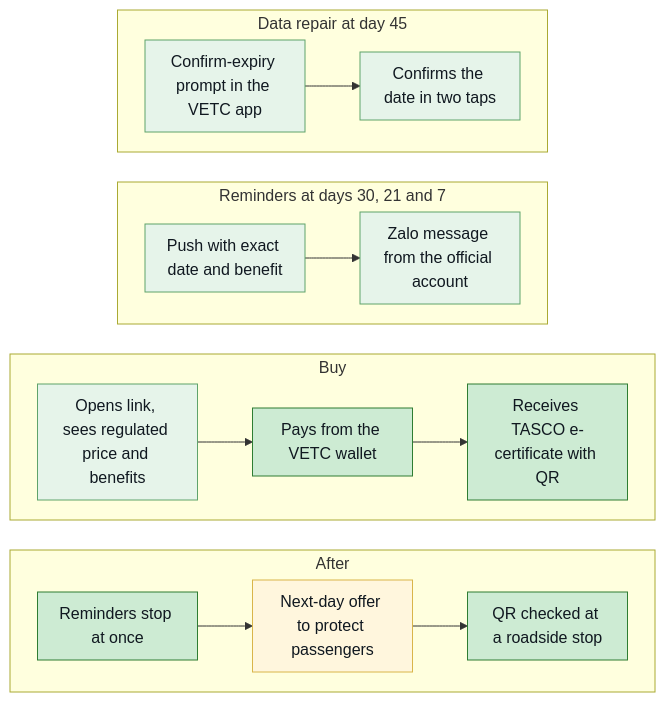
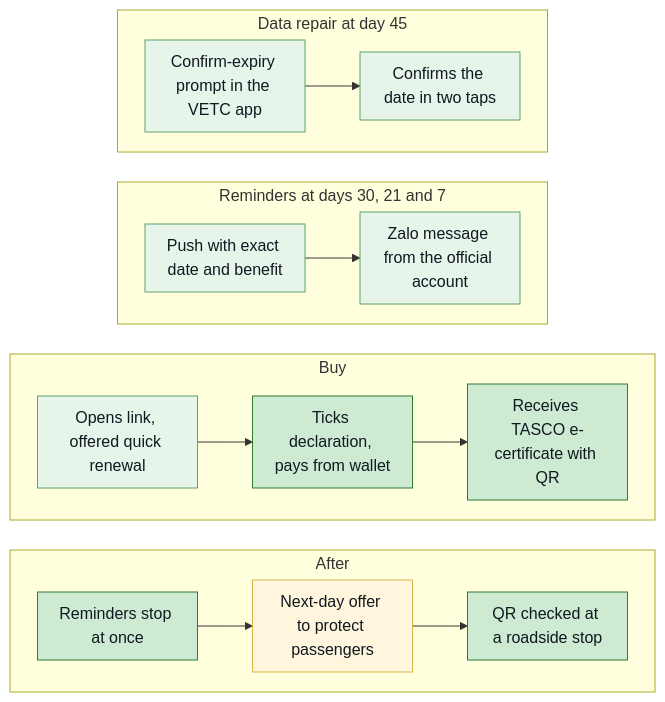
One commit to IortaTexhNXT-DEV/TASCO changed the second of 10 diagrams in tools/docs-source/docs/business/06-personas-and-journey-maps.md. Above: the diagram before and after it, drawn with Mermaid. The commit also changed other lines of this file and 101 other files, not shown here.

First line of the commit message:
Voice script: link goes to TASCO Insurance's Zalo OA; vendored Mermaid for doc builds; review edits to business, quality and delivery documents

````diff
--- a/tools/docs-source/docs/business/06-personas-and-journey-maps.md
+++ b/tools/docs-source/docs/business/06-personas-and-journey-maps.md
@@ -215,27 +216,27 @@
 ```mermaid
 %% caption: Renewal with the platform, from the data-repair prompt to the roadside check
 %%{init: {"flowchart": {"wrappingWidth": 120, "nodeSpacing": 20, "rankSpacing": 30, "padding": 10, "subGraphTitleMargin": {"top": 2, "bottom": 8}}, "themeCSS": ".cluster-label .nodeLabel { display: inline-block; padding-right: 9em; }"}}%%
 flowchart TB
   subgraph A["Data repair at day 45"]
     direction LR
     a1["Confirm-expiry prompt in the VETC app"]:::f4 --> a2["Confirms the date in two taps"]:::f4
   end
   subgraph B["Reminders at days 30, 21 and 7"]
     direction LR
     b1["Push with exact date and benefit"]:::f4 --> b2["Zalo message from the official account"]:::f4
   end
   subgraph C["Buy"]
     direction LR
-    c1["Opens link, sees regulated price and benefits"]:::f4 --> c2["Pays from the VETC wallet"]:::f5 --> c3["Receives TASCO e-certificate with QR"]:::f5
+    c1["Opens link, offered quick renewal"]:::f4 --> c2["Ticks declaration, pays from wallet"]:::f5 --> c3["Receives TASCO e-certificate with QR"]:::f5
   end
   subgraph D["After"]
     direction LR
     d1["Reminders stop at once"]:::f5 --> d2["Next-day offer to protect passengers"]:::f3 --> d3["QR checked at a roadside stop"]:::f5
   end
   A ~~~ B ~~~ C ~~~ D
   classDef f1 fill:#F6D5D2,stroke:#B3261E,color:#101820
   classDef f2 fill:#FBE9E7,stroke:#D9776F,color:#101820
   classDef f3 fill:#FFF6DD,stroke:#D9B54A,color:#101820
   classDef f4 fill:#E6F4EA,stroke:#5FA36B,color:#101820
   classDef f5 fill:#CDEBD3,stroke:#2E7D32,color:#101820
 ```
````
